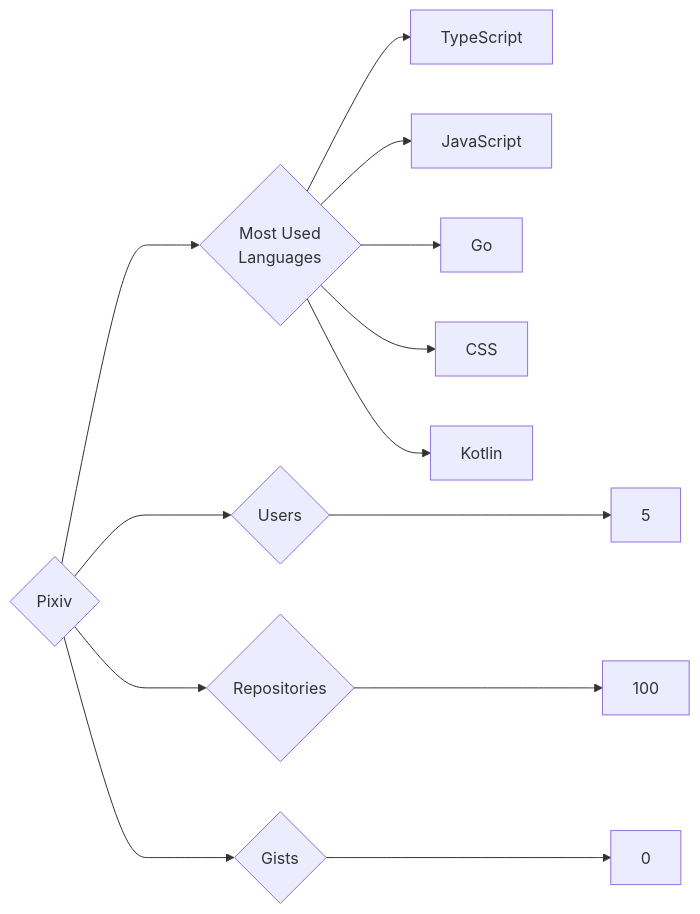
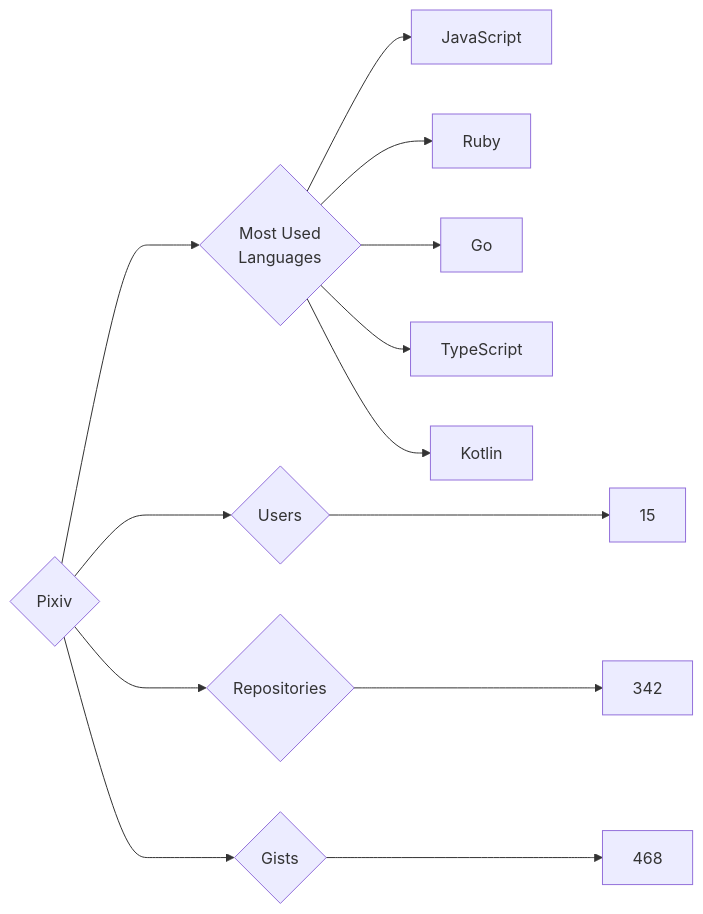
Before and after one commit to trickest/insiders: the diagram in targets/Pixiv/README.md, drawn with Mermaid. The commit also changed 997 other files, not shown here.

````diff
--- a/targets/Pixiv/README.md
+++ b/targets/Pixiv/README.md
@@ -3,13 +3,13 @@
 ```mermaid
 graph LR
 COMPANY_NAME{Pixiv}
-COMPANY_NAME ---> U{Users} ---> UN[5]
-COMPANY_NAME ---> R{Repositories} ---> RN[100]
-COMPANY_NAME ---> G{Gists} ---> GN[0]
+COMPANY_NAME ---> U{Users} ---> UN[15]
+COMPANY_NAME ---> R{Repositories} ---> RN[342]
+COMPANY_NAME ---> G{Gists} ---> GN[468]
 COMPANY_NAME ---> ML{Most Used<br>Languages}
-ML --> TypeScript
-ML --> JavaScript
-ML --> Go
-ML --> CSS
-ML --> Kotlin
+ML --> JavaScript[JavaScript]
+ML --> Ruby[Ruby]
+ML --> Go[Go]
+ML --> TypeScript[TypeScript]
+ML --> Kotlin[Kotlin]
 ```
````
